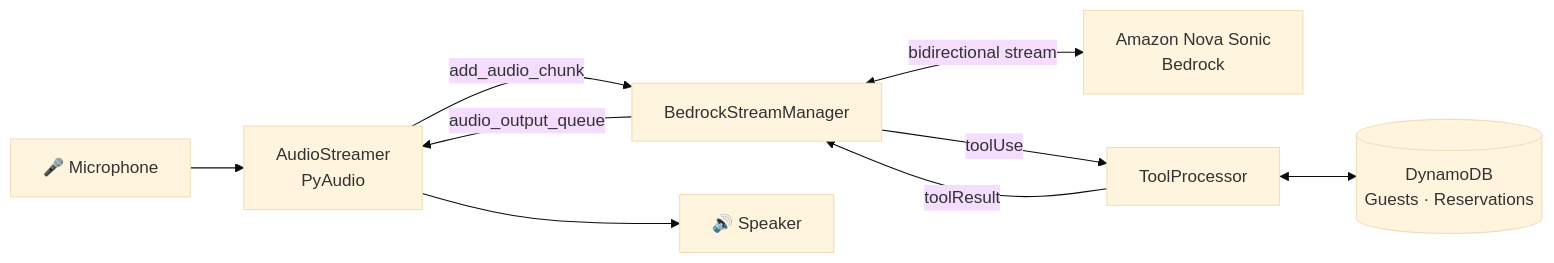
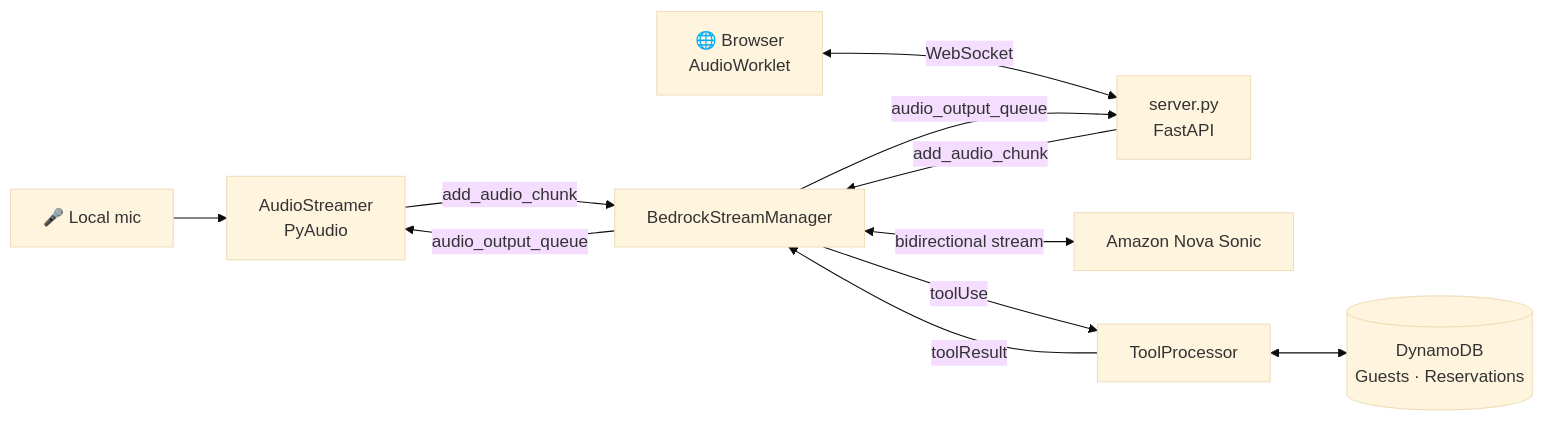
The diagram in README.md (sathwika05/Real-Time-Voice-Reservation-Agent), drawn with Mermaid (base theme) before and after one commit. The commit also changed other lines of this file, not shown here.

Commit message:
Update README for enforced verification and browser transport

````diff
--- a/README.md
+++ b/README.md
@@ -25,11 +27,13 @@
 ```mermaid
 flowchart LR
-    Mic["🎤 Microphone"] --> AS["AudioStreamer<br/>PyAudio"]
+    Mic["🎤 Local mic"] --> AS["AudioStreamer<br/>PyAudio"]
+    Browser["🌐 Browser<br/>AudioWorklet"] <-->|"WebSocket"| WS["server.py<br/>FastAPI"]
     AS -->|"add_audio_chunk"| BSM["BedrockStreamManager"]
-    BSM <-->|"bidirectional stream"| NS["Amazon Nova Sonic<br/>Bedrock"]
+    WS -->|"add_audio_chunk"| BSM
+    BSM <-->|"bidirectional stream"| NS["Amazon Nova Sonic"]
     BSM -->|"toolUse"| TP["ToolProcessor"]
     TP <--> DDB[("DynamoDB<br/>Guests · Reservations")]
     TP -->|"toolResult"| BSM
     BSM -->|"audio_output_queue"| AS
-    AS --> Spk["🔊 Speaker"]
+    BSM -->|"audio_output_queue"| WS
 ```
````
